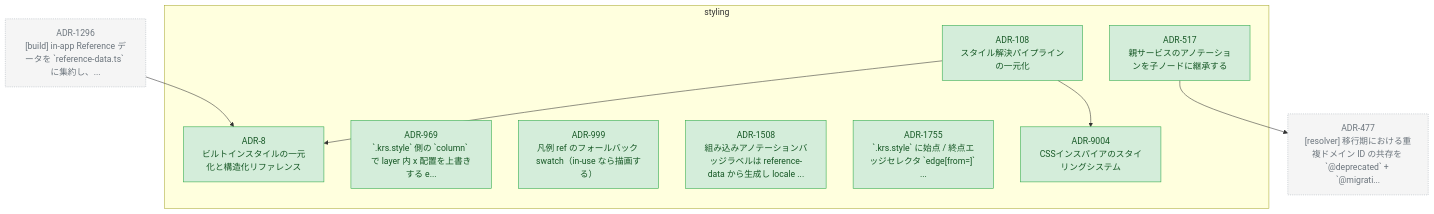
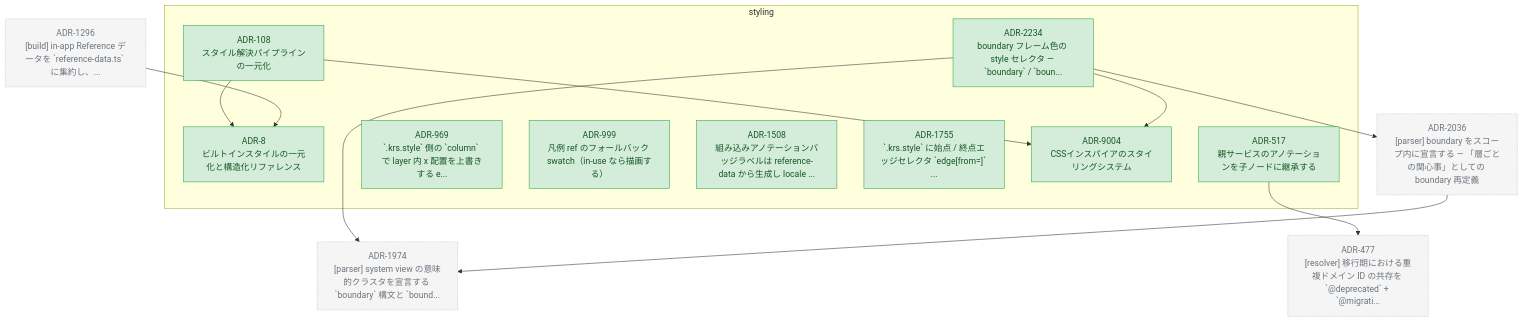
Before and after one commit to kompiro/karasu: the diagram in docs/adr/graph/styling.md, drawn with Mermaid. The commit also changed other lines of this file and 6 other files, not shown here.

First line of the commit message:
docs(adr): promote the boundary style selector design to ADR-2234

````diff
--- a/docs/adr/graph/styling.md
+++ b/docs/adr/graph/styling.md
@@ -6,36 +6,46 @@
 ```mermaid
 flowchart TD
   subgraph styling["styling"]
     ADR_8["ADR-8<br/>ビルトインスタイルの一元化と構造化リファレンス"]
     ADR_108["ADR-108<br/>スタイル解決パイプラインの一元化"]
     ADR_517["ADR-517<br/>親サービスのアノテーションを子ノードに継承する"]
     ADR_969["ADR-969<br/>`.krs.style` 側の `column` で layer 内 x 配置を上書きする e..."]
     ADR_999["ADR-999<br/>凡例 ref のフォールバック swatch（in-use なら描画する）"]
     ADR_1508["ADR-1508<br/>組み込みアノテーションバッジラベルは reference-data から生成し locale ..."]
     ADR_1755["ADR-1755<br/>`.krs.style` に始点 / 終点エッジセレクタ `edge[from=<id>]` ..."]
+    ADR_2234["ADR-2234<br/>boundary フレーム色の style セレクタ — `boundary` / `boun..."]
     ADR_9004["ADR-9004<br/>CSSインスパイアのスタイリングシステム"]
   end
   ADR_477["ADR-477<br/>[resolver] 移行期における重複ドメイン ID の共存を `@deprecated` + `@migrati..."]
   ADR_1296["ADR-1296<br/>[build] in-app Reference データを `reference-data.ts` に集約し、..."]
+  ADR_1974["ADR-1974<br/>[parser] system view の意味的クラスタを宣言する `boundary` 構文と `bound..."]
+  ADR_2036["ADR-2036<br/>[parser] boundary をスコープ内に宣言する — 「層ごとの関心事」としての boundary 再定義"]
   ADR_108 --> ADR_9004
   ADR_108 --> ADR_8
   ADR_517 --> ADR_477
+  ADR_2234 --> ADR_9004
+  ADR_2234 --> ADR_1974
+  ADR_2234 --> ADR_2036
   ADR_1296 --> ADR_8
+  ADR_2036 --> ADR_1974
 
   classDef accepted fill:#d4edda,stroke:#28a745,color:#155724
   classDef proposed fill:#fff3cd,stroke:#ffc107,color:#856404
   classDef deprecated fill:#f8d7da,stroke:#dc3545,color:#721c24
   classDef superseded fill:#e2e3e5,stroke:#6c757d,color:#383d41
   classDef not_adopted fill:#e2e3e5,stroke:#6c757d,color:#383d41,stroke-dasharray:3 3
   classDef ghost fill:#f5f5f5,stroke:#adb5bd,color:#6c757d,stroke-dasharray:2 2
   class ADR_8 accepted
   class ADR_108 accepted
   class ADR_517 accepted
   class ADR_969 accepted
   class ADR_999 accepted
   class ADR_1508 accepted
   class ADR_1755 accepted
+  class ADR_2234 accepted
   class ADR_9004 accepted
   class ADR_477 ghost
   class ADR_1296 ghost
+  class ADR_1974 ghost
+  class ADR_2036 ghost
 ```
````
